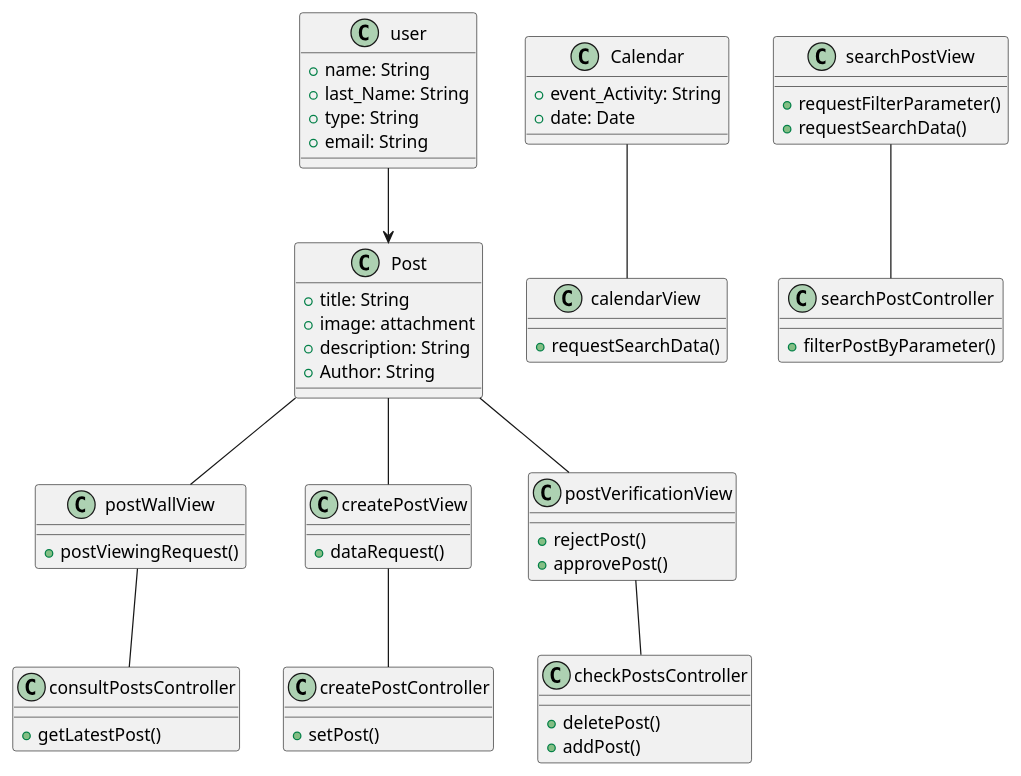
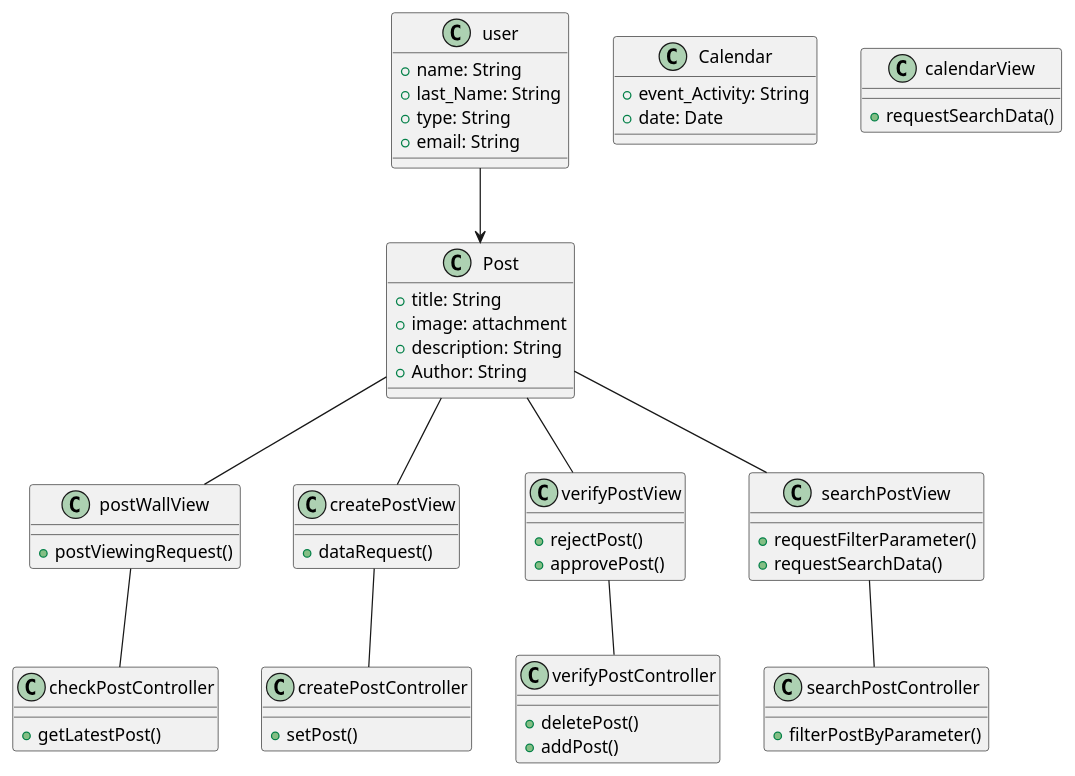
Before and after one commit to Dayannis-07/ING_SOFT: the diagram in docs/scenariosView/AnalysisClassDiagram.plantuml, drawn with PlantUML. The commit also changed 1 other file, not shown here.

```diff
--- a/docs/scenariosView/AnalysisClassDiagram.plantuml
+++ b/docs/scenariosView/AnalysisClassDiagram.plantuml
@@ -1,58 +1,58 @@
 @startuml classDiagram
 class user{
  +name: String
     +last_Name: String
     +type: String
     +email: String
 }
 class Post{
  +title: String
     +image: attachment
     +description: String
     + Author: String
 }
 class Calendar{
     +event_Activity: String
     +date: Date
 }
 class postWallView{
   +postViewingRequest()
 }
 class createPostView{
  +dataRequest()
 }
-class checkPostsController{
+class verifyPostController{
 +deletePost()
 +addPost()
 }
 class createPostController{
   +setPost()
 }
-class consultPostsController{
+class checkPostController{
 + getLatestPost()
 }
 class searchPostController{
 +filterPostByParameter()
 }
-class postVerificationView{
+class verifyPostView{
 +rejectPost()
 +approvePost()
 }
 class calendarView{
 +requestSearchData()
 }
 class searchPostView{
   +requestFilterParameter()
   +requestSearchData()
 }
 
 Post--postWallView
-Post-- postVerificationView
+Post-- verifyPostView
 Post-- createPostView
-Calendar--calendarView
-postWallView--consultPostsController
+Post-- searchPostView
+postWallView--checkPostController
 createPostView--createPostController
-postVerificationView--checkPostsController
+verifyPostView--verifyPostController
 searchPostView--searchPostController
 user-->Post
 @enduml
```
